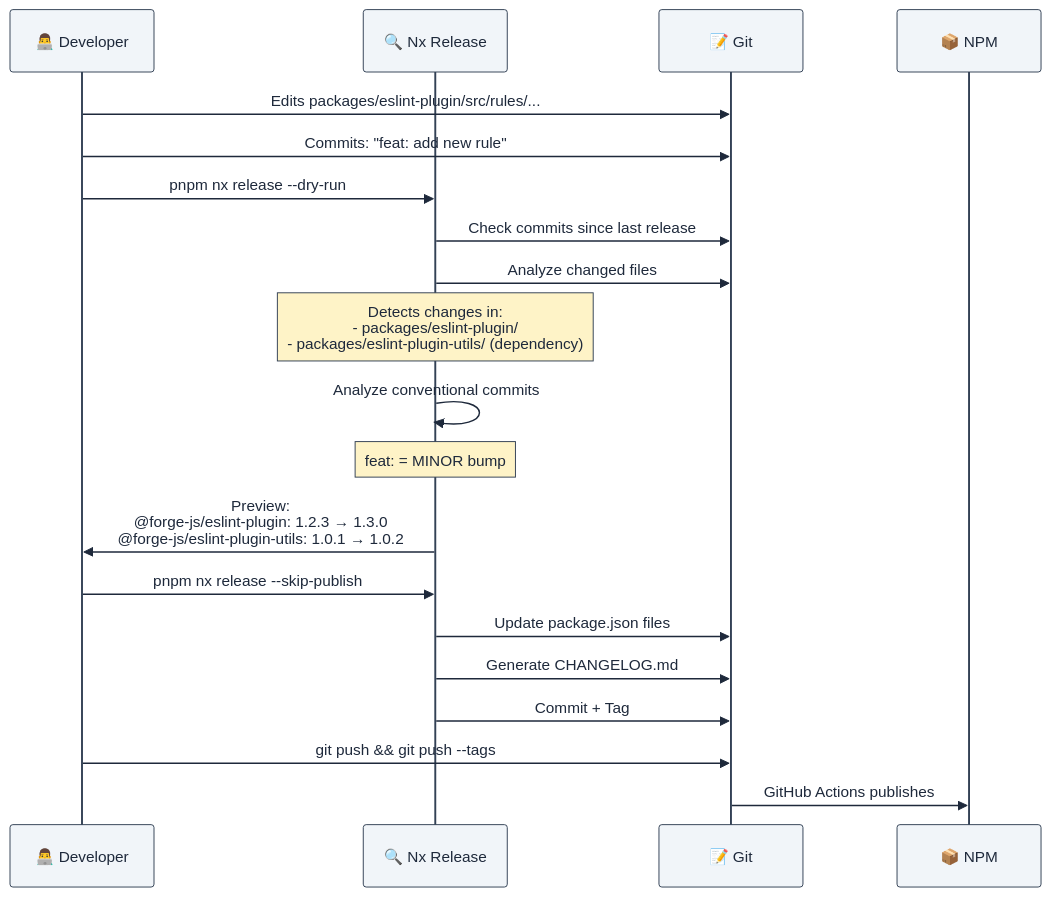
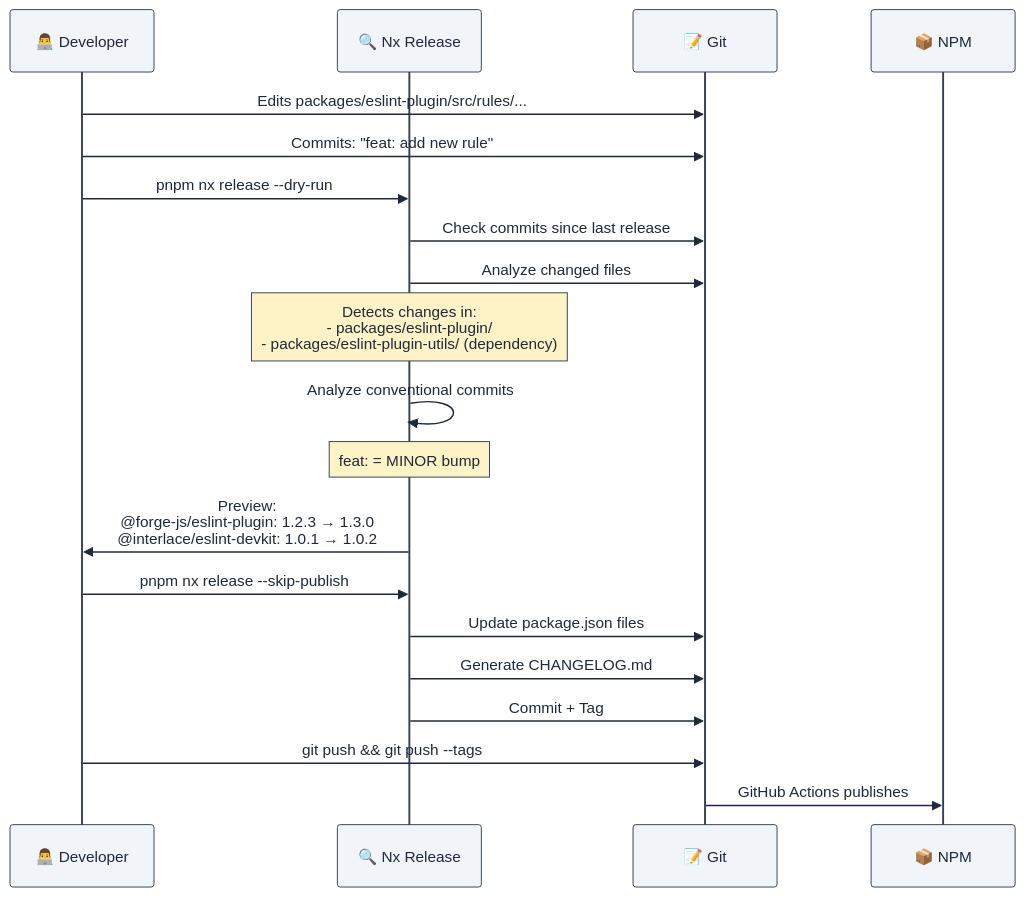
The first of 3 diagrams in docs/CONTRIBUTING.md (ofri-peretz/eslint), drawn with Mermaid before and after one commit. The commit also changed other lines of this file and 693 other files, not shown here.

````diff
--- a/docs/CONTRIBUTING.md
+++ b/docs/CONTRIBUTING.md
@@ -13,49 +13,49 @@
 ```mermaid
 %%{init: {
   'theme': 'base',
   'themeVariables': {
     'primaryColor': '#f8fafc',
     'primaryTextColor': '#1e293b',
     'primaryBorderColor': '#334155',
     'lineColor': '#475569',
     'actorBkg': '#f1f5f9',
     'actorBorder': '#334155',
     'actorTextColor': '#1e293b',
     'signalColor': '#1e293b',
     'signalTextColor': '#1e293b',
     'activationBorderColor': '#2563eb',
     'activationBkgColor': '#dbeafe',
     'sequenceNumberColor': '#1e293b',
     'noteBorderColor': '#334155',
     'noteBkgColor': '#fef3c7',
     'noteTextColor': '#1e293b'
   }
 }}%%
 sequenceDiagram
     participant Dev as 👨‍💻 Developer
     participant Nx as 🔍 Nx Release
     participant Git as 📝 Git
     participant NPM as 📦 NPM
 
     Dev->>Git: Edits packages/eslint-plugin/src/rules/...
     Dev->>Git: Commits: "feat: add new rule"
 
     Dev->>Nx: pnpm nx release --dry-run
     Nx->>Git: Check commits since last release
     Nx->>Git: Analyze changed files
 
     Note over Nx: Detects changes in:<br/>- packages/eslint-plugin/<br/>- packages/eslint-plugin-utils/ (dependency)
 
     Nx->>Nx: Analyze conventional commits
     Note over Nx: feat: = MINOR bump
 
-    Nx->>Dev: Preview:<br/>@forge-js/eslint-plugin: 1.2.3 → 1.3.0<br/>@forge-js/eslint-plugin-utils: 1.0.1 → 1.0.2
+    Nx->>Dev: Preview:<br/>@forge-js/eslint-plugin: 1.2.3 → 1.3.0<br/>@interlace/eslint-devkit: 1.0.1 → 1.0.2
 
     Dev->>Nx: pnpm nx release --skip-publish
     Nx->>Git: Update package.json files
     Nx->>Git: Generate CHANGELOG.md
     Nx->>Git: Commit + Tag
 
     Dev->>Git: git push && git push --tags
     Git->>NPM: GitHub Actions publishes
 ```
````
